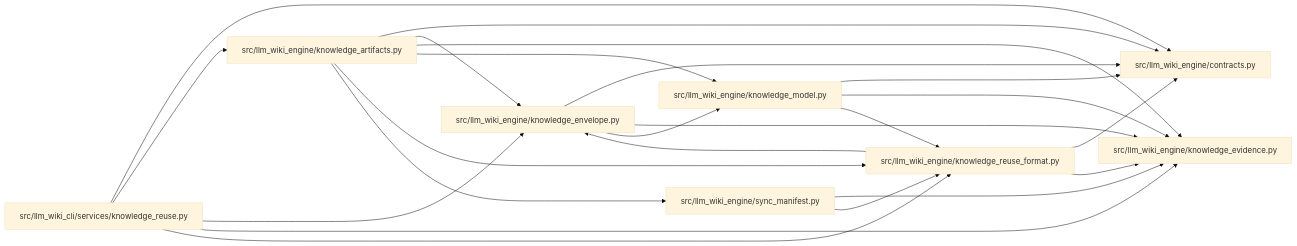
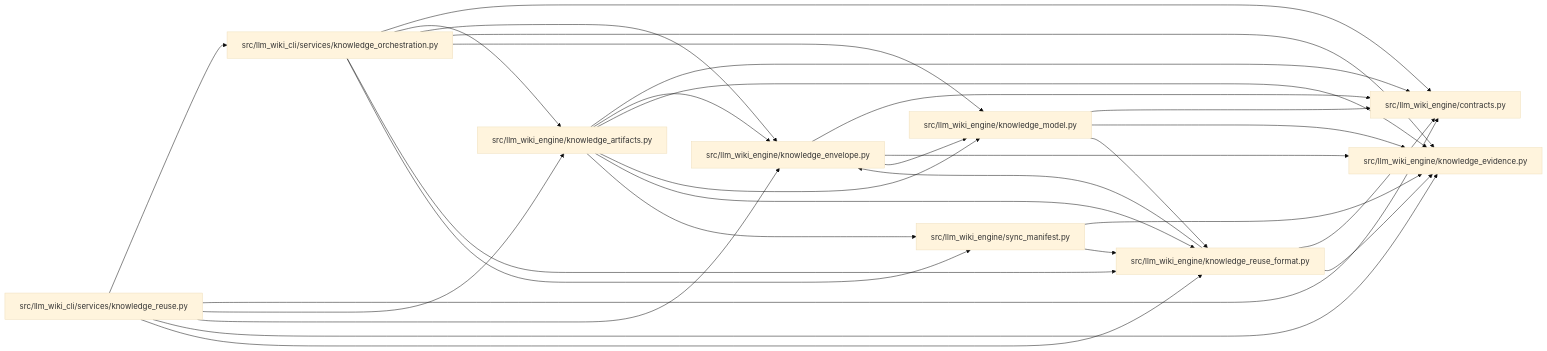
One commit to Denissvgn/python-wiki-llm changed the diagram in docs/llm_wiki/modules/knowledge_reuse_format.md. Above: the diagram before and after it, drawn with Mermaid (base theme). The commit also changed other lines of this file and 725 other files, not shown here.

````diff
--- a/docs/llm_wiki/modules/knowledge_reuse_format.md
+++ b/docs/llm_wiki/modules/knowledge_reuse_format.md
@@ -26,41 +26,51 @@
 ```mermaid
 flowchart LR
-    n0["src/llm_wiki_cli/services/knowledge_reuse.py"]
-    n1["src/llm_wiki_engine/contracts.py"]
-    n2["src/llm_wiki_engine/knowledge_artifacts.py"]
-    n3["src/llm_wiki_engine/knowledge_envelope.py"]
-    n4["src/llm_wiki_engine/knowledge_evidence.py"]
-    n5["src/llm_wiki_engine/knowledge_model.py"]
-    n6["src/llm_wiki_engine/knowledge_reuse_format.py"]
-    n7["src/llm_wiki_engine/sync_manifest.py"]
-    n0 --> n1
+    n0["src/llm_wiki_cli/services/knowledge_orchestration.py"]
+    n1["src/llm_wiki_cli/services/knowledge_reuse.py"]
+    n2["src/llm_wiki_engine/contracts.py"]
+    n3["src/llm_wiki_engine/knowledge_artifacts.py"]
+    n4["src/llm_wiki_engine/knowledge_envelope.py"]
+    n5["src/llm_wiki_engine/knowledge_evidence.py"]
+    n6["src/llm_wiki_engine/knowledge_model.py"]
+    n7["src/llm_wiki_engine/knowledge_reuse_format.py"]
+    n8["src/llm_wiki_engine/sync_manifest.py"]
     n0 --> n2
     n0 --> n3
     n0 --> n4
+    n0 --> n5
     n0 --> n6
-    n2 --> n1
-    n2 --> n3
-    n2 --> n4
-    n2 --> n5
-    n2 --> n6
-    n2 --> n7
-    n3 --> n1
+    n0 --> n7
+    n0 --> n8
+    n1 --> n0
+    n1 --> n2
+    n1 --> n3
+    n1 --> n4
+    n1 --> n5
+    n1 --> n7
+    n3 --> n2
     n3 --> n4
     n3 --> n5
-    n5 --> n1
-    n5 --> n4
-    n5 --> n6
-    n6 --> n1
-    n6 --> n3
-    n6 --> n4
+    n3 --> n6
+    n3 --> n7
+    n3 --> n8
+    n4 --> n2
+    n4 --> n5
+    n4 --> n6
+    n6 --> n2
+    n6 --> n5
+    n6 --> n7
+    n7 --> n2
     n7 --> n4
-    n7 --> n6
-    click n0 "../modules/knowledge_reuse.md"
-    click n1 "../modules/llm_wiki_engine_contracts.md"
-    click n2 "../modules/knowledge_artifacts.md"
-    click n3 "../modules/knowledge_envelope.md"
-    click n4 "../modules/knowledge_evidence.md"
-    click n5 "../modules/knowledge_model.md"
-    click n6 "../modules/knowledge_reuse_format.md"
-    click n7 "../modules/sync_manifest.md"
+    n7 --> n5
+    n8 --> n5
+    n8 --> n7
+    click n0 "../modules/knowledge_orchestration.md"
+    click n1 "../modules/knowledge_reuse.md"
+    click n2 "../modules/llm_wiki_engine_contracts.md"
+    click n3 "../modules/knowledge_artifacts.md"
+    click n4 "../modules/knowledge_envelope.md"
+    click n5 "../modules/knowledge_evidence.md"
+    click n6 "../modules/knowledge_model.md"
+    click n7 "../modules/knowledge_reuse_format.md"
+    click n8 "../modules/sync_manifest.md"
 ```
````
